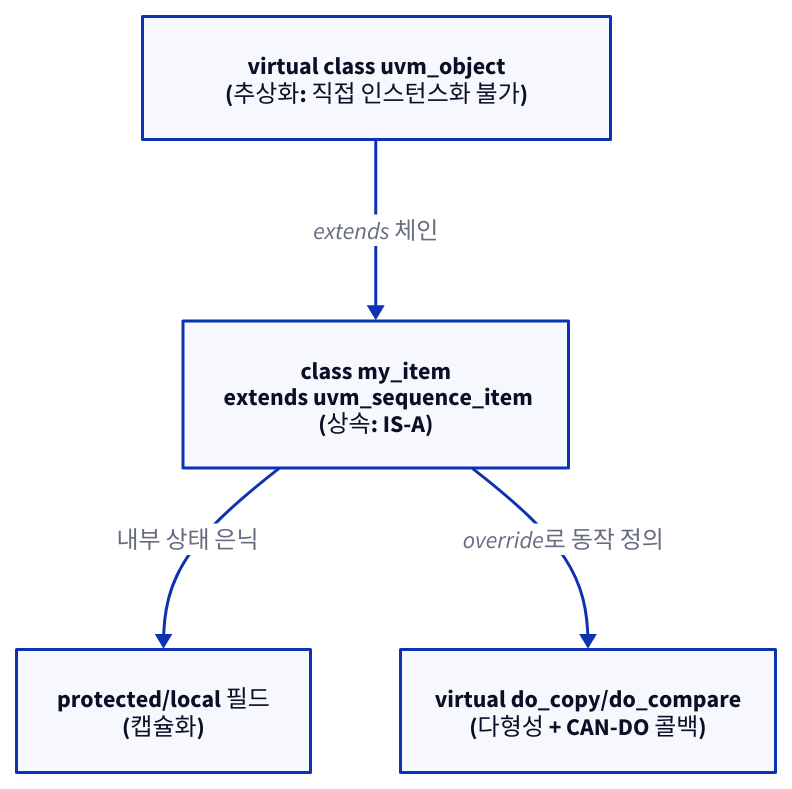
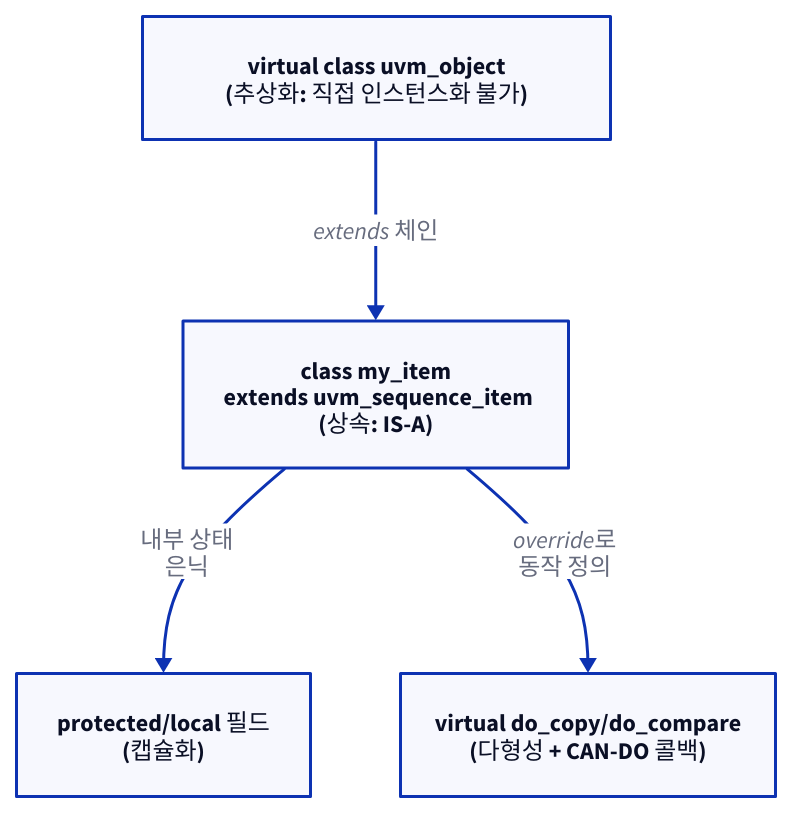
Before and after one commit to humbleowl39/DV_SKOOL: the second of 2 diagrams in starlight_site/src/content/docs/oop_design_patterns/04_sv_uvm_mapping.md, drawn with D2. The commit also changed 714 other files, not shown here.

First line of the commit message:
fix(site): d2 다이어그램 가독성 결함 6종 일괄 수정

````diff
--- a/starlight_site/src/content/docs/oop_design_patterns/04_sv_uvm_mapping.md
+++ b/starlight_site/src/content/docs/oop_design_patterns/04_sv_uvm_mapping.md
@@ -79,12 +79,12 @@
 ```d2
 direction: down
 
 OBJ: "virtual class uvm_object\n(추상화: 직접 인스턴스화 불가)"
 ITEM: "class my_item\n  extends uvm_sequence_item\n(상속: IS-A)"
 FIELDS: "protected/local 필드\n(캡슐화)"
 CB: "virtual do_copy/do_compare\n(다형성 + CAN-DO 콜백)"
 
 OBJ -> ITEM: "extends 체인"
-ITEM -> FIELDS: "내부 상태 은닉"
-ITEM -> CB: "override로 동작 정의"
+ITEM -> FIELDS: "내부 상태\n은닉"
+ITEM -> CB: "override로\n동작 정의"
 ```
````
